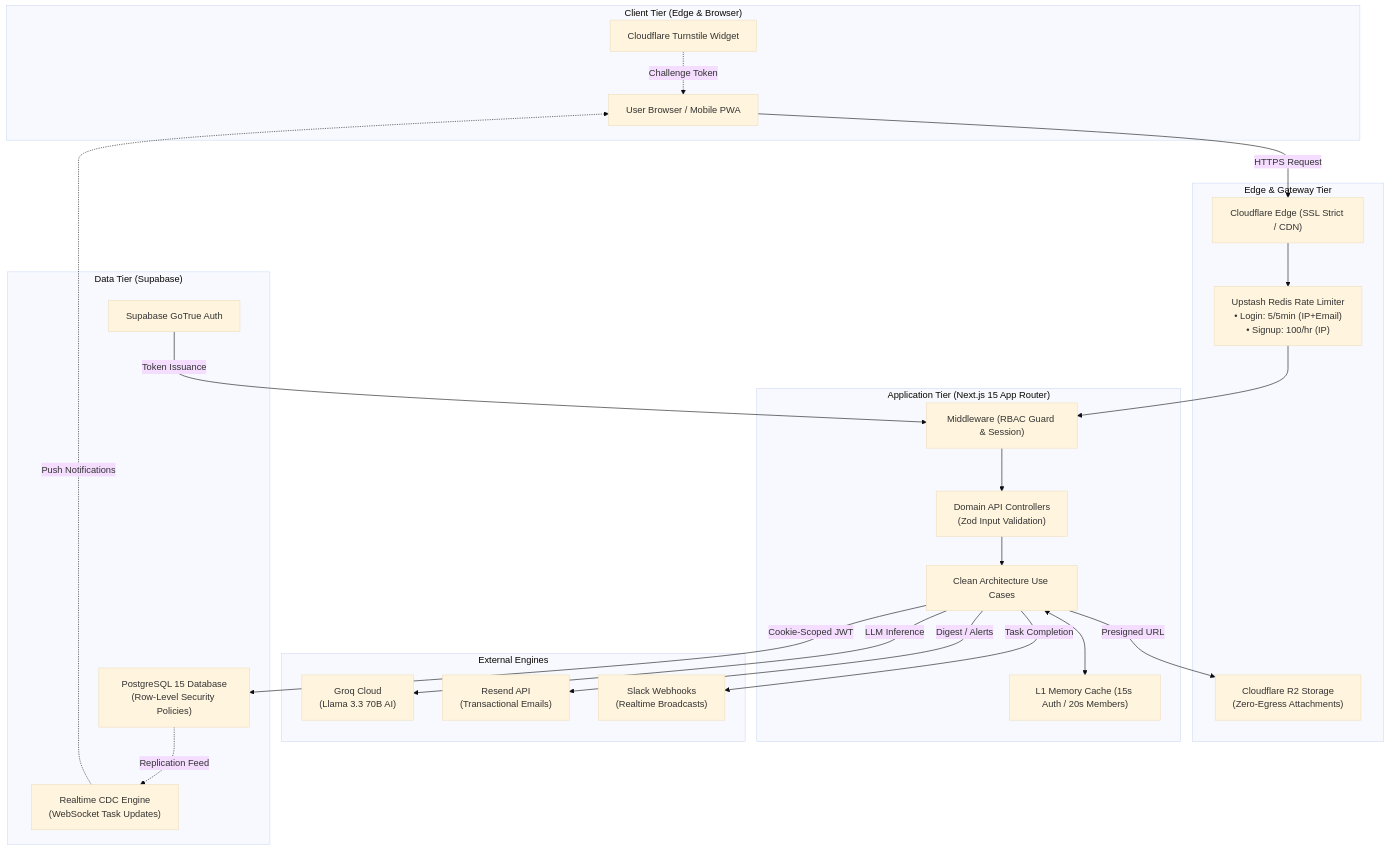
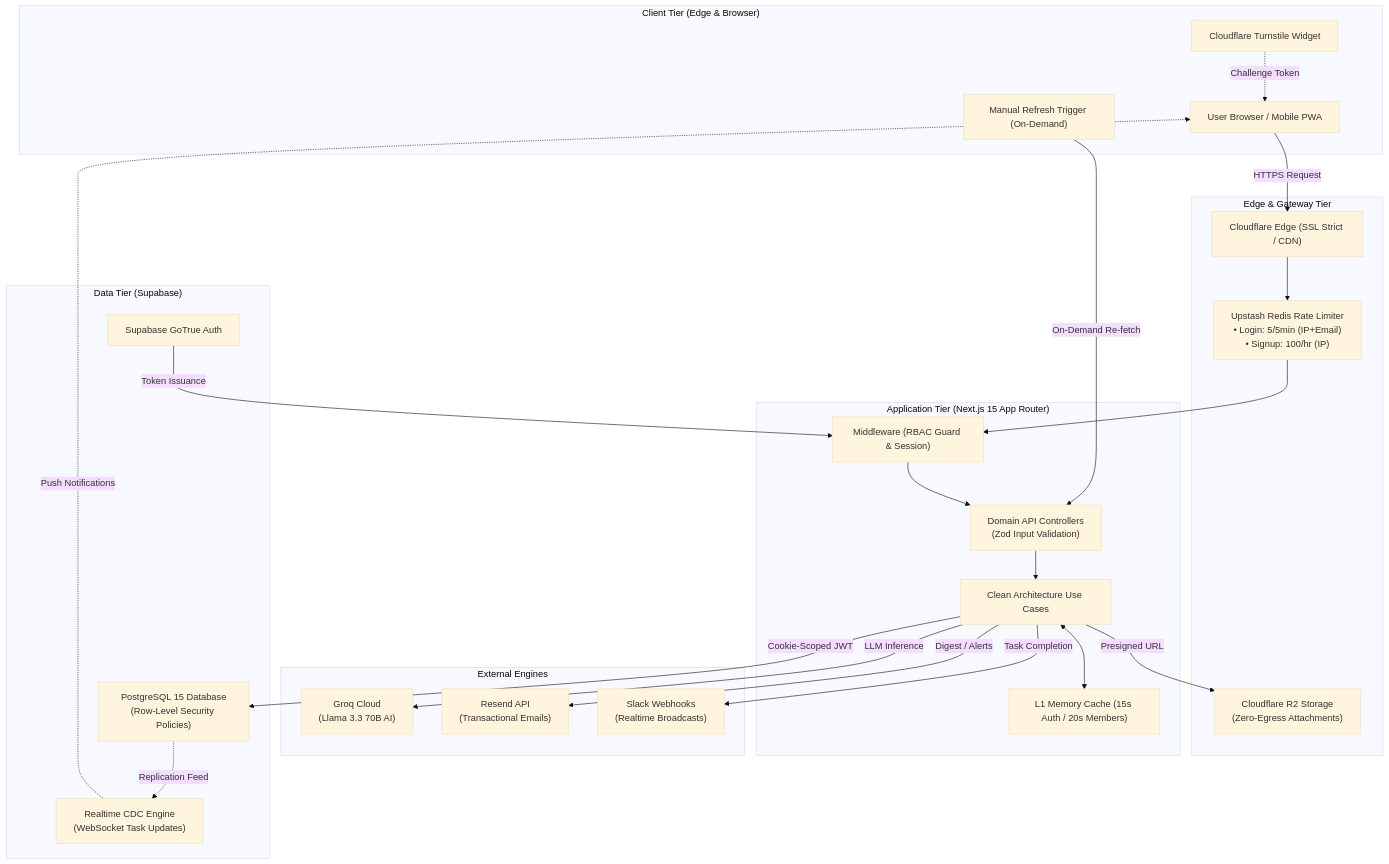
One commit to Tusharsinghoffical/Saas-T1 changed the diagram in README.md. Above: the diagram before and after it, drawn with Mermaid (base theme). The commit also changed other lines of this file, not shown here.

Commit message:
docs: update README with v2.8 production features, manual refresh, and notification center updates

````diff
--- a/README.md
+++ b/README.md
@@ -109,48 +118,50 @@
 ```mermaid
 flowchart TD
     subgraph Client["Client Tier (Edge & Browser)"]
         User["User Browser / Mobile PWA"]
         Turnstile["Cloudflare Turnstile Widget"]
+        ManualSync["Manual Refresh Trigger (On-Demand)"]
     end
 
     subgraph Security["Edge & Gateway Tier"]
         CF["Cloudflare Edge (SSL Strict / CDN)"]
         RateLimit["Upstash Redis Rate Limiter\n• Login: 5/5min (IP+Email)\n• Signup: 100/hr (IP)"]
         R2["Cloudflare R2 Storage\n(Zero-Egress Attachments)"]
     end
 
     subgraph App["Application Tier (Next.js 15 App Router)"]
         MW["Middleware (RBAC Guard & Session)"]
         API["Domain API Controllers\n(Zod Input Validation)"]
         UseCases["Clean Architecture Use Cases"]
         Cache["L1 Memory Cache (15s Auth / 20s Members)"]
     end
 
     subgraph Services["External Engines"]
         Groq["Groq Cloud\n(Llama 3.3 70B AI)"]
         Resend["Resend API\n(Transactional Emails)"]
         Slack["Slack Webhooks\n(Realtime Broadcasts)"]
     end
 
     subgraph Database["Data Tier (Supabase)"]
         Auth["Supabase GoTrue Auth"]
         PG["PostgreSQL 15 Database\n(Row-Level Security Policies)"]
         RT["Realtime CDC Engine\n(WebSocket Task Updates)"]
     end
 
     User -->|HTTPS Request| CF
     Turnstile -.->|Challenge Token| User
+    ManualSync -->|On-Demand Re-fetch| API
     CF --> RateLimit
     RateLimit --> MW
     MW --> API
     API --> UseCases
     UseCases <--> Cache
     UseCases -->|Presigned URL| R2
     UseCases -->|LLM Inference| Groq
     UseCases -->|Digest / Alerts| Resend
     UseCases -->|Task Completion| Slack
     UseCases -->|Cookie-Scoped JWT| PG
     Auth -->|Token Issuance| MW
     PG -.->|Replication Feed| RT
     RT -.->|Push Notifications| User
 ```
````
